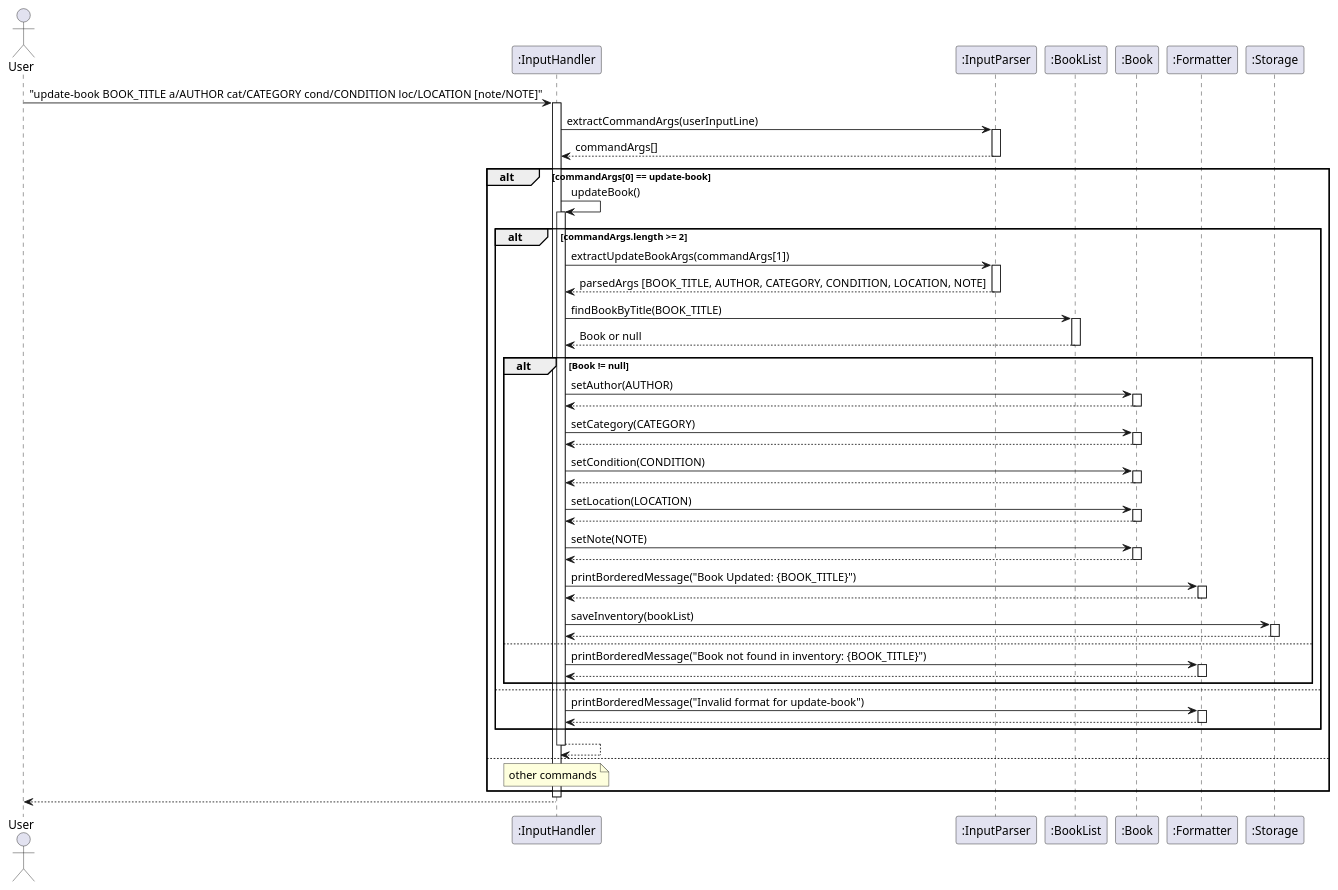
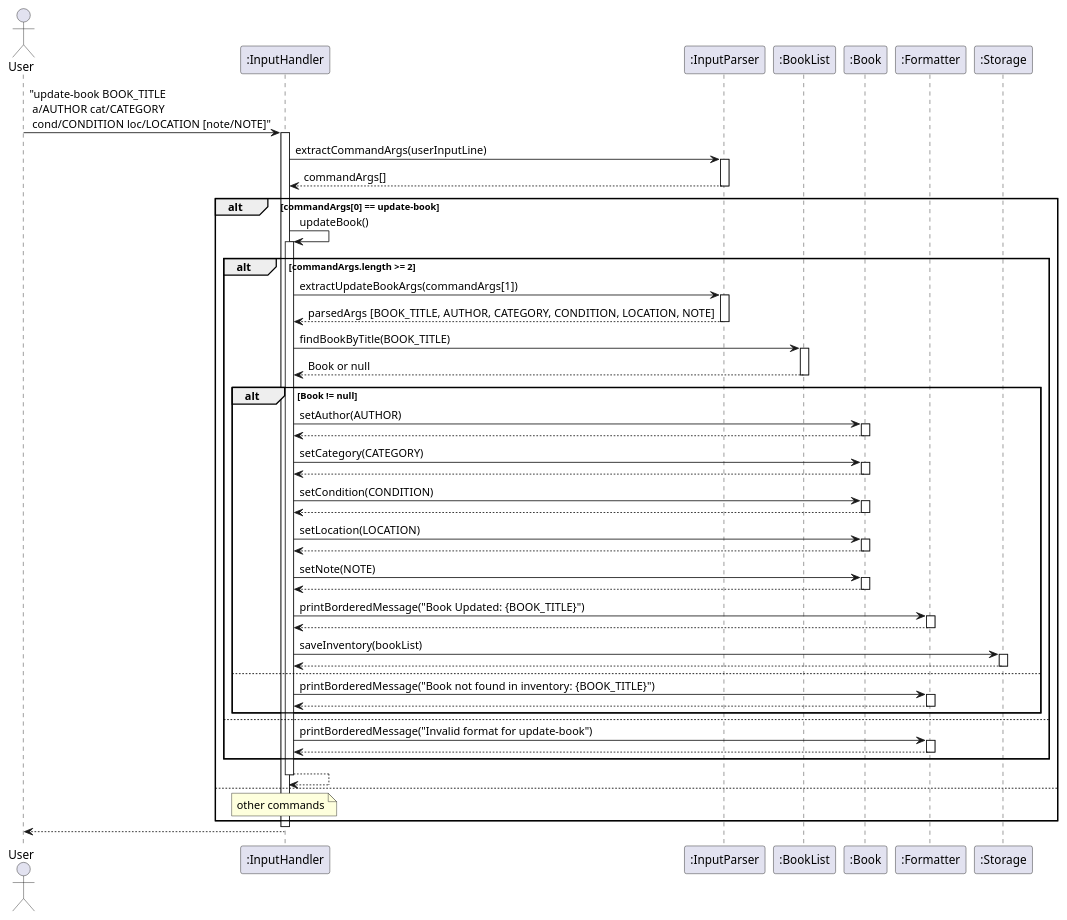
Before and after one commit to AY2425S2-CS2113-T12-2/tp: the diagram in docs/diagrams/updateBook.puml, drawn with PlantUML. The commit also changed 7 other files, not shown here.

```diff
--- a/docs/diagrams/updateBook.puml
+++ b/docs/diagrams/updateBook.puml
@@ -1,96 +1,96 @@
 @startuml
 actor User
 participant InputHandler as ":InputHandler"
 participant InputParser as ":InputParser"
 participant BookList as ":BookList"
 participant Book as ":Book"
 participant Formatter as ":Formatter"
 participant Storage as ":Storage"
 
-User -> InputHandler: "update-book BOOK_TITLE a/AUTHOR cat/CATEGORY cond/CONDITION loc/LOCATION [note/NOTE]"
+User -> InputHandler: "update-book BOOK_TITLE \n a/AUTHOR cat/CATEGORY \n cond/CONDITION loc/LOCATION [note/NOTE]"
 activate InputHandler
 
 InputHandler -> InputParser: extractCommandArgs(userInputLine)
 activate InputParser
 
 InputParser --> InputHandler: commandArgs[]
 deactivate InputParser
 
 alt commandArgs[0] == update-book
     InputHandler -> InputHandler : updateBook()
     activate InputHandler
 
 alt commandArgs.length >= 2
     InputHandler -> InputParser: extractUpdateBookArgs(commandArgs[1])
     activate InputParser
 
     InputParser --> InputHandler: parsedArgs [BOOK_TITLE, AUTHOR, CATEGORY, CONDITION, LOCATION, NOTE]
     deactivate InputParser
 
     InputHandler -> BookList: findBookByTitle(BOOK_TITLE)
     activate BookList
 
     BookList --> InputHandler: Book or null
     deactivate BookList
 
     alt Book != null
         InputHandler -> Book : setAuthor(AUTHOR)
         activate Book
         Book --> InputHandler
         deactivate Book
 
         InputHandler -> Book : setCategory(CATEGORY)
         activate Book
         Book --> InputHandler
         deactivate Book
         InputHandler -> Book : setCondition(CONDITION)
         activate Book
         Book --> InputHandler
         deactivate Book
         InputHandler -> Book : setLocation(LOCATION)
         activate Book
         Book --> InputHandler
         deactivate Book
         InputHandler -> Book : setNote(NOTE)
         activate Book
         Book --> InputHandler
         deactivate Book
         
 
         InputHandler -> Formatter: printBorderedMessage("Book Updated: {BOOK_TITLE}")
         activate Formatter
 
         Formatter --> InputHandler
         deactivate Formatter
 
         InputHandler -> Storage: saveInventory(bookList)
         activate Storage
 
         Storage --> InputHandler
         deactivate Storage
 
 
     else
         InputHandler -> Formatter: printBorderedMessage("Book not found in inventory: {BOOK_TITLE}")
         activate Formatter
         Formatter --> InputHandler
         deactivate Formatter
     end
 
     else
         InputHandler -> Formatter: printBorderedMessage("Invalid format for update-book")
         activate Formatter
         Formatter --> InputHandler
         deactivate Formatter
     end
 
 InputHandler --> InputHandler
 deactivate InputHandler
 
 else
     note over InputHandler : other commands
 end
 
 deactivate InputHandler
 InputHandler --> User
 @enduml
```
